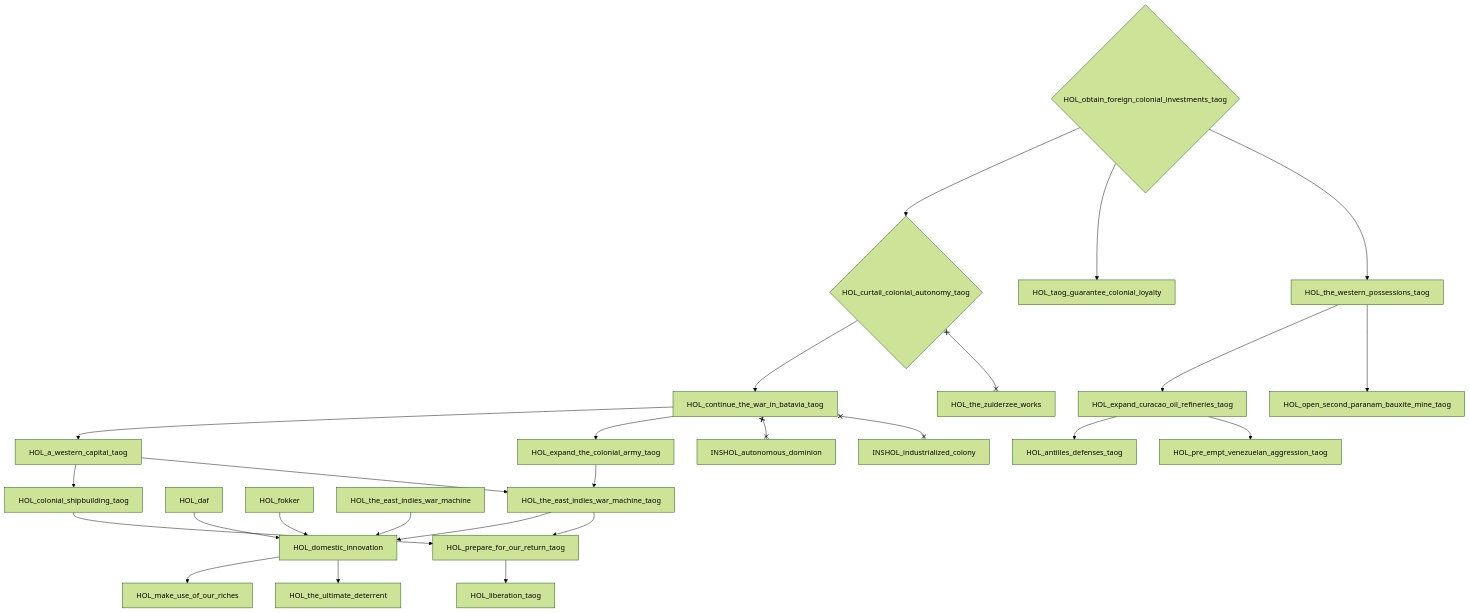
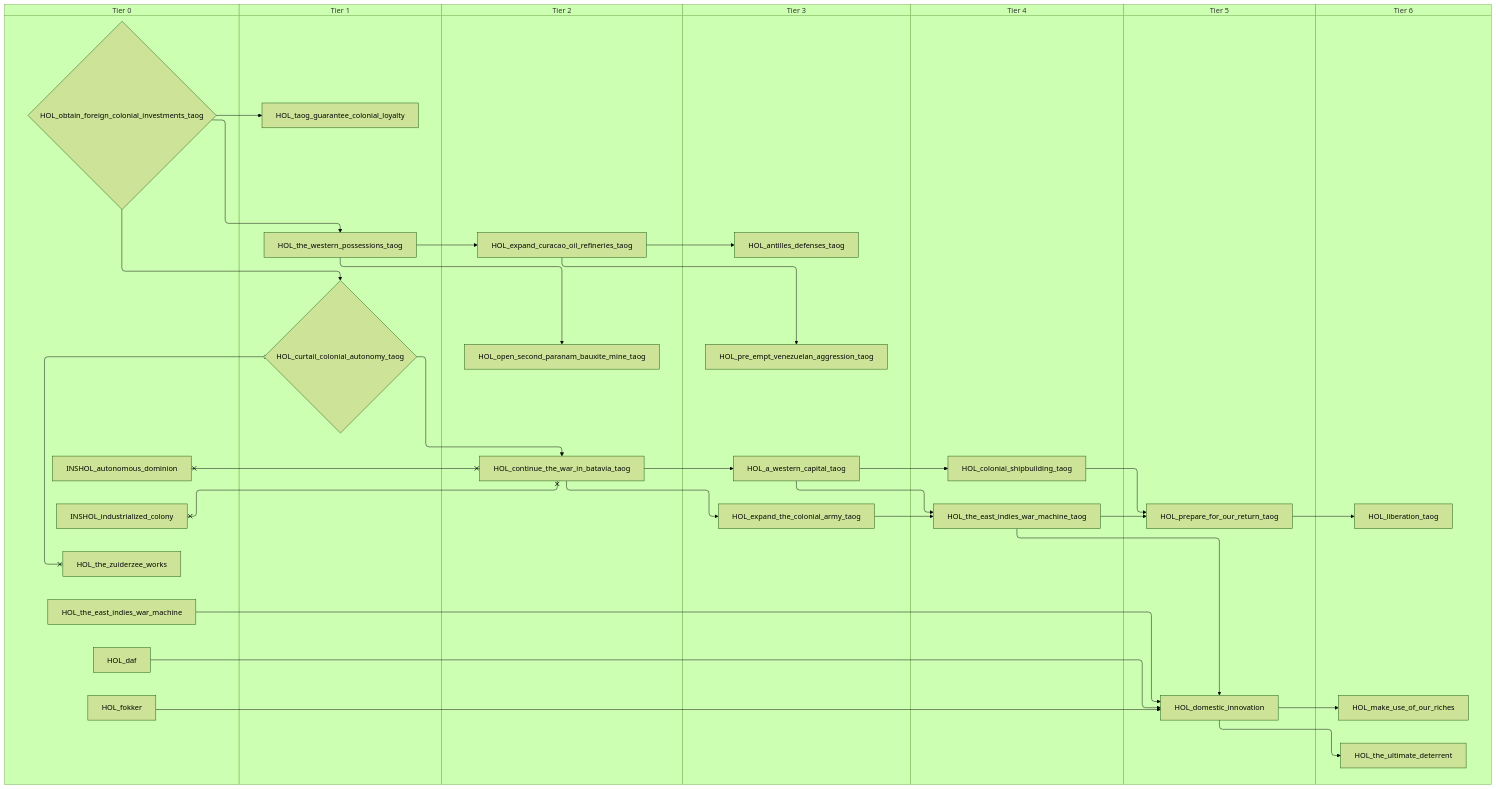
One commit to evgeny-sobol/hoi4-sandbox-mode changed the fourth of 4 diagrams in docs/gdd/National Focuses/netherlands.md. Above: the diagram before and after it, drawn with Mermaid (forest theme). The commit also changed other lines of this file and 80 other files, not shown here.

First line of the commit message:
Add swimlane mode to focus graph exporter

````diff
--- a/docs/gdd/National Focuses/netherlands.md
+++ b/docs/gdd/National Focuses/netherlands.md
@@ -384,52 +442,66 @@
 ```mermaid
-flowchart TD
-    n140["HOL_a_western_capital_taog"]
-    n141["HOL_antilles_defenses_taog"]
-    n142["HOL_colonial_shipbuilding_taog"]
-    n143["HOL_continue_the_war_in_batavia_taog"]
-    n10{"HOL_curtail_colonial_autonomy_taog"}
-    n11["HOL_daf"]
-    n14["HOL_domestic_innovation"]
-    n144["HOL_expand_curacao_oil_refineries_taog"]
-    n145["HOL_expand_the_colonial_army_taog"]
-    n24["HOL_fokker"]
-    n146["HOL_liberation_taog"]
-    n33["HOL_make_use_of_our_riches"]
-    n147{"HOL_obtain_foreign_colonial_investments_taog"}
-    n148["HOL_open_second_paranam_bauxite_mine_taog"]
-    n149["HOL_pre_empt_venezuelan_aggression_taog"]
-    n150["HOL_prepare_for_our_return_taog"]
-    n151["HOL_taog_guarantee_colonial_loyalty"]
-    n52["HOL_the_east_indies_war_machine"]
-    n53["HOL_the_east_indies_war_machine_taog"]
-    n55["HOL_the_ultimate_deterrent"]
-    n152["HOL_the_western_possessions_taog"]
-    n56["HOL_the_zuiderzee_works"]
-    n153["INSHOL_autonomous_dominion"]
-    n154["INSHOL_industrialized_colony"]
-    n143 --> n140
-    n144 --> n141
-    n140 --> n142
-    n10 --> n143
-    n147 --> n10
-    n52 --> n14
-    n24 --> n14
-    n11 --> n14
-    n53 --> n14
-    n152 --> n144
-    n143 --> n145
-    n150 --> n146
-    n14 --> n33
-    n152 --> n148
-    n144 --> n149
-    n142 --> n150
-    n53 --> n150
-    n147 --> n151
-    n140 --> n53
-    n145 --> n53
-    n14 --> n55
-    n147 --> n152
-    n143 x--x n153
-    n143 x--x n154
-    n10 x--x n56
+swimlane-beta TD
+    subgraph tier_0["Tier 0"]
+        n50["HOL_daf"]
+        n51["HOL_fokker"]
+        n140{"HOL_obtain_foreign_colonial_investments_taog"}
+        n5["HOL_the_east_indies_war_machine"]
+        n33["HOL_the_zuiderzee_works"]
+        n141["INSHOL_autonomous_dominion"]
+        n142["INSHOL_industrialized_colony"]
+    end
+    subgraph tier_1["Tier 1"]
+        n3{"HOL_curtail_colonial_autonomy_taog"}
+        n143["HOL_taog_guarantee_colonial_loyalty"]
+        n144["HOL_the_western_possessions_taog"]
+    end
+    subgraph tier_2["Tier 2"]
+        n145["HOL_continue_the_war_in_batavia_taog"]
+        n146["HOL_expand_curacao_oil_refineries_taog"]
+        n147["HOL_open_second_paranam_bauxite_mine_taog"]
+    end
+    subgraph tier_3["Tier 3"]
+        n148["HOL_a_western_capital_taog"]
+        n149["HOL_antilles_defenses_taog"]
+        n150["HOL_expand_the_colonial_army_taog"]
+        n151["HOL_pre_empt_venezuelan_aggression_taog"]
+    end
+    subgraph tier_4["Tier 4"]
+        n152["HOL_colonial_shipbuilding_taog"]
+        n6["HOL_the_east_indies_war_machine_taog"]
+    end
+    subgraph tier_5["Tier 5"]
+        n54["HOL_domestic_innovation"]
+        n153["HOL_prepare_for_our_return_taog"]
+    end
+    subgraph tier_6["Tier 6"]
+        n154["HOL_liberation_taog"]
+        n57["HOL_make_use_of_our_riches"]
+        n58["HOL_the_ultimate_deterrent"]
+    end
+    n145 --> n148
+    n146 --> n149
+    n148 --> n152
+    n3 --> n145
+    n140 --> n3
+    n5 --> n54
+    n51 --> n54
+    n50 --> n54
+    n6 --> n54
+    n144 --> n146
+    n145 --> n150
+    n153 --> n154
+    n54 --> n57
+    n144 --> n147
+    n146 --> n151
+    n152 --> n153
+    n6 --> n153
+    n140 --> n143
+    n148 --> n6
+    n150 --> n6
+    n54 --> n58
+    n140 --> n144
+    n145 x--x n141
+    n145 x--x n142
+    n3 x--x n33
 ```
````
